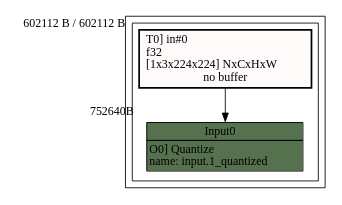
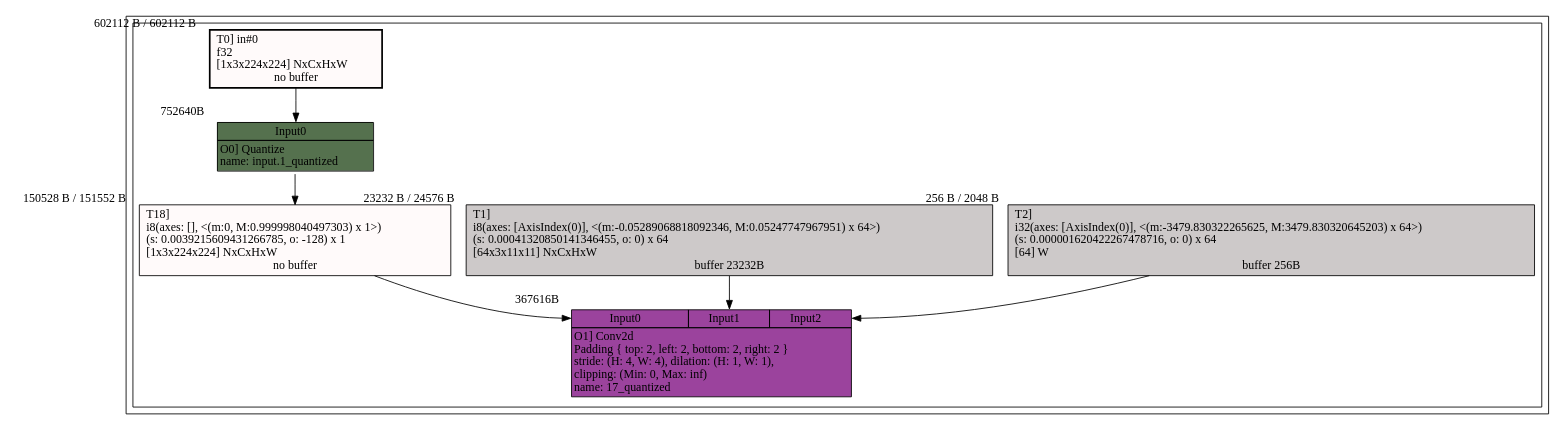
One commit to Chavo-Kim/netron changed the diagram in data/sample.dot. Above: the diagram before and after it, drawn with Graphviz. The commit also changed 1 other file, not shown here.

```diff
--- a/data/sample.dot
+++ b/data/sample.dot
@@ -1,25 +1,65 @@
 digraph DAG {
 rankdir=TB;
 subgraph cluster_graph0 {
 subgraph cluster_graph0_subgraph0 {
 graph0_subgraph0_operator0 [label=<
         <TABLE BGCOLOR='#143b0bb8' BORDER='0' CELLBORDER='1' CELLSPACING='0'>
         <TR><TD PORT='Input0'>Input0</TD></TR>
         <TR>
         <TD colspan='1'>O0] Quantize<BR ALIGN='left'/>name: input.1_quantized<BR ALIGN='left'/></TD>
         </TR>
         </TABLE>
   >
   xlabel="752640B"
   shape="plaintext"];
 
 graph0_subgraph0_tensor0 [label="T0] in#0\lf32\l[1x3x224x224] NxCxHxW\lno buffer"
   xlabel="602112 B / 602112 B"
   shape="box"
   style="filled, bold"
   fillcolor="Snow1"];
 
 graph0_subgraph0_tensor0 -> graph0_subgraph0_operator0:Input0;
+graph0_subgraph0_tensor18 [label="T18] \li8(axes: [], <(m:0, M:0.999998040497303) x 1>)\l(s: 0.0039215609431266785, o: -128) x 1\l[1x3x224x224] NxCxHxW\lno buffer"
+  xlabel="150528 B / 151552 B"
+  shape="box"
+  style="filled, "
+  fillcolor="Snow1"];
+
+graph0_subgraph0_operator0 -> graph0_subgraph0_tensor18;
+graph0_subgraph0_operator1 [label=<
+        <TABLE BGCOLOR='#99409cfa' BORDER='0' CELLBORDER='1' CELLSPACING='0'>
+        <TR><TD PORT='Input0'>Input0</TD><TD PORT='Input1'>Input1</TD><TD PORT='Input2'>Input2</TD></TR>
+        <TR>
+        <TD colspan='3'>O1] Conv2d<BR ALIGN='left'/>Padding { top: 2, left: 2, bottom: 2, right: 2 }<BR ALIGN='left'/>stride: (H: 4, W: 4), dilation: (H: 1, W: 1),<BR ALIGN='left'/>clipping: (Min: 0, Max: inf)<BR ALIGN='left'/>name: 17_quantized<BR ALIGN='left'/></TD>
+        </TR>
+        </TABLE>
+  >
+  xlabel="367616B"
+  shape="plaintext"];
+
+graph0_subgraph0_tensor18 [label="T18] \li8(axes: [], <(m:0, M:0.999998040497303) x 1>)\l(s: 0.0039215609431266785, o: -128) x 1\l[1x3x224x224] NxCxHxW\lno buffer"
+  xlabel="150528 B / 151552 B"
+  shape="box"
+  style="filled, "
+  fillcolor="Snow1"];
+
+graph0_subgraph0_tensor18 -> graph0_subgraph0_operator1:Input0;
+graph0_subgraph0_tensor1 [label="T1] \li8(axes: [AxisIndex(0)], <(m:-0.05289068818092346, M:0.05247747967951) x 64>)\l(s: 0.00041320850141346455, o: 0) x 64\l[64x3x11x11] NxCxHxW\lbuffer 23232B"
+  xlabel="23232 B / 24576 B"
+  shape="box"
+  style="filled, "
+  fillcolor="Snow3"];
+
+graph0_subgraph0_tensor1 -> graph0_subgraph0_operator1:Input1;
+graph0_subgraph0_tensor2 [label="T2] \li32(axes: [AxisIndex(0)], <(m:-3479.830322265625, M:3479.830320645203) x 64>)\l(s: 0.000001620422267478716, o: 0) x 64\l[64] W\lbuffer 256B"
+  xlabel="256 B / 2048 B"
+  shape="box"
+  style="filled, "
+  fillcolor="Snow3"];
+
+graph0_subgraph0_tensor2 -> graph0_subgraph0_operator1:Input2;
+
 }
 }
 }
```
